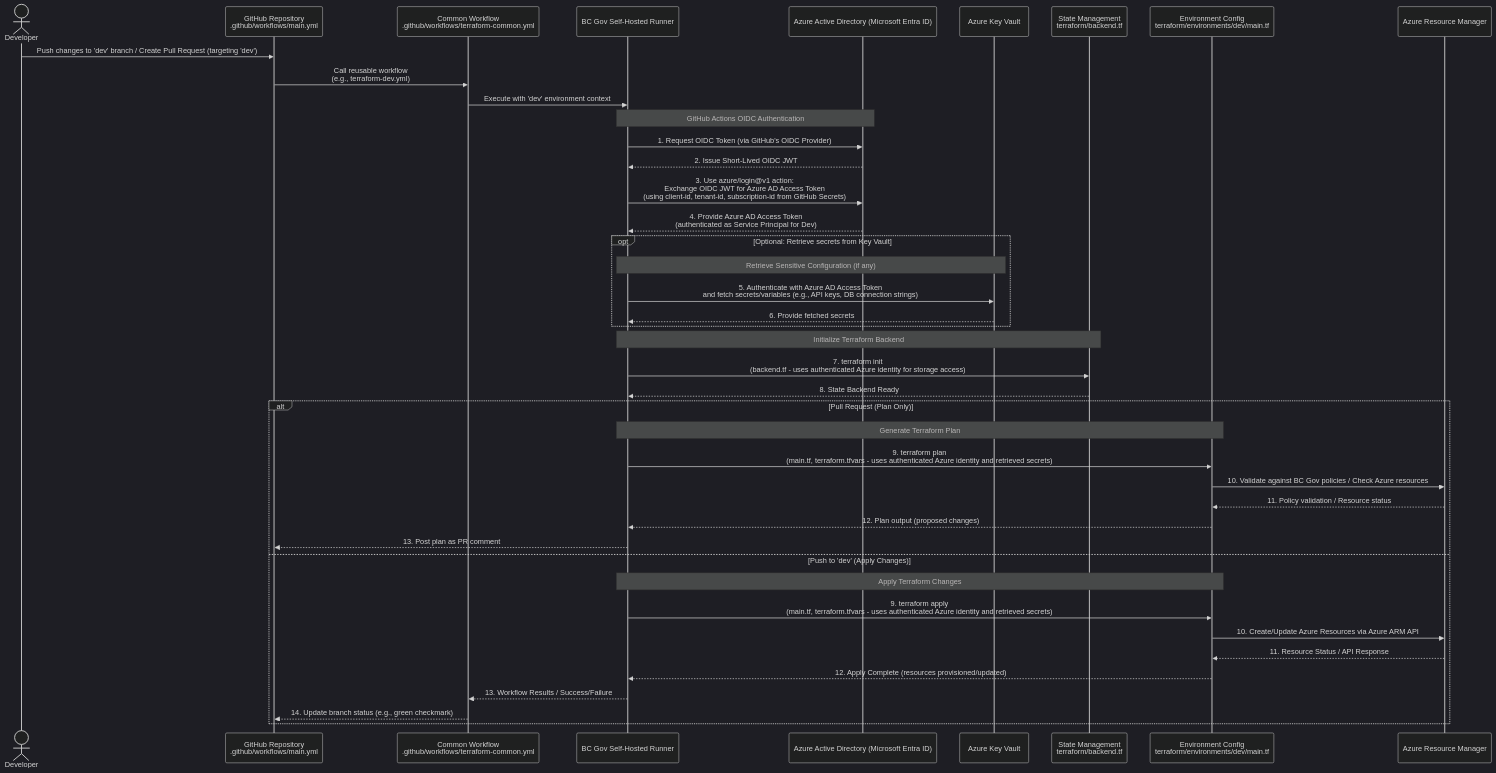
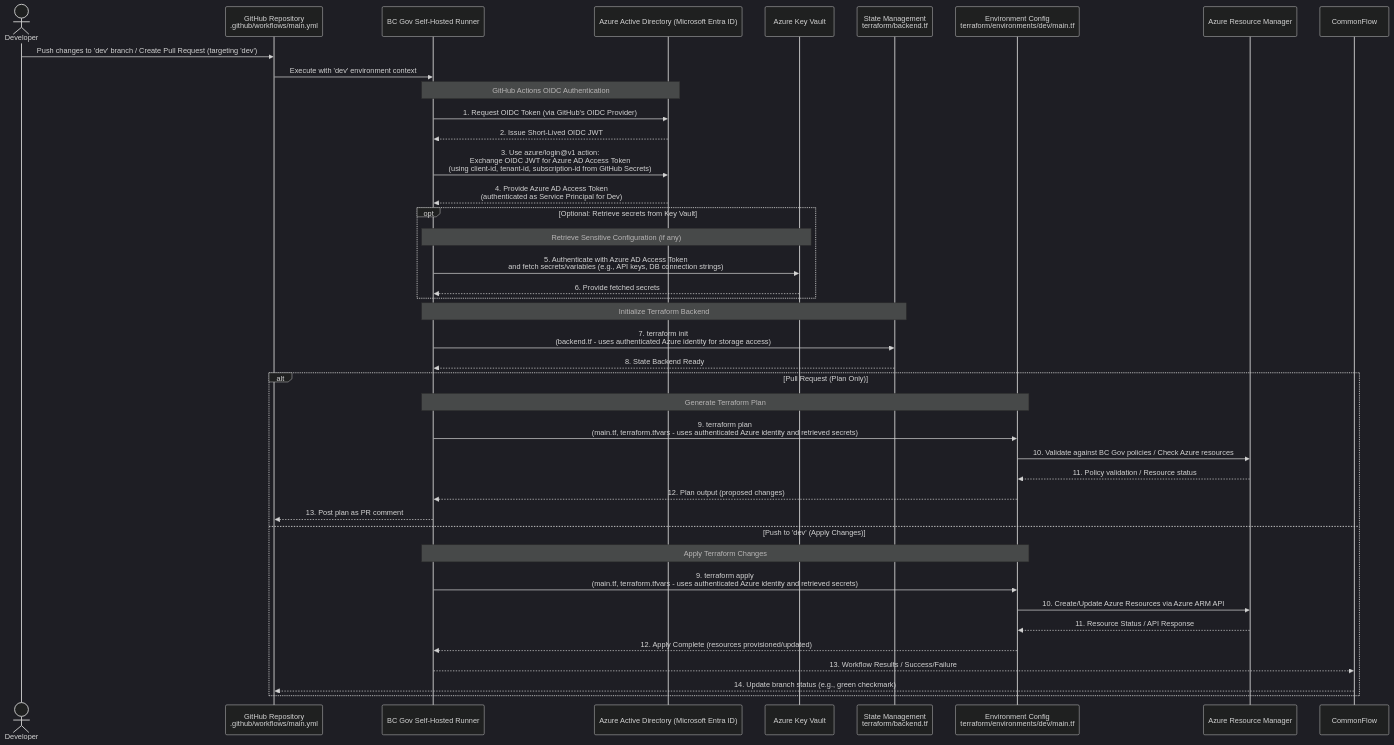
Before and after one commit to bcgov/AzureFilesPoC: the diagram in README.md, drawn with Mermaid (dark theme). The commit also changed other lines of this file and 7 other files, not shown here.

`````diff
--- a/README.md
+++ b/README.md
@@ -153,50 +152,48 @@
 ```mermaid
 sequenceDiagram
     actor Dev as Developer
     participant Git as GitHub Repository<br/>.github/workflows/main.yml
-    participant CommonFlow as Common Workflow<br/>.github/workflows/terraform-common.yml
     participant Runner as BC Gov Self-Hosted Runner
     participant AzureAD as Azure Active Directory (Microsoft Entra ID)
     participant KeyVault as Azure Key Vault
     participant TFState as State Management<br/>terraform/backend.tf
     participant TFConfig as Environment Config<br/>terraform/environments/dev/main.tf
     participant Azure as Azure Resource Manager
 
     Dev->>Git: Push changes to 'dev' branch / Create Pull Request (targeting 'dev')
 
-    Git->>CommonFlow: Call reusable workflow<br/>(e.g., terraform-dev.yml)
-    CommonFlow->>Runner: Execute with 'dev' environment context
+    Git->>Runner: Execute with 'dev' environment context
 
     Note over Runner,AzureAD: GitHub Actions OIDC Authentication
     Runner->>AzureAD: 1. Request OIDC Token (via GitHub's OIDC Provider)
     AzureAD-->>Runner: 2. Issue Short-Lived OIDC JWT
     Runner->>AzureAD: 3. Use azure/login@v1 action:<br/>Exchange OIDC JWT for Azure AD Access Token<br/>(using client-id, tenant-id, subscription-id from GitHub Secrets)
     AzureAD-->>Runner: 4. Provide Azure AD Access Token<br/>(authenticated as Service Principal for Dev)
 
     opt Optional: Retrieve secrets from Key Vault
         Note over Runner,KeyVault: Retrieve Sensitive Configuration (if any)
         Runner->>KeyVault: 5. Authenticate with Azure AD Access Token<br/>and fetch secrets/variables (e.g., API keys, DB connection strings)
         KeyVault-->>Runner: 6. Provide fetched secrets
     end
 
     Note over Runner,TFState: Initialize Terraform Backend
     Runner->>TFState: 7. terraform init<br/>(backend.tf - uses authenticated Azure identity for storage access)
     TFState-->>Runner: 8. State Backend Ready
 
     alt Pull Request (Plan Only)
         Note over Runner,TFConfig: Generate Terraform Plan
         Runner->>TFConfig: 9. terraform plan<br/>(main.tf, terraform.tfvars - uses authenticated Azure identity and retrieved secrets)
         TFConfig->>Azure: 10. Validate against BC Gov policies / Check Azure resources
         Azure-->>TFConfig: 11. Policy validation / Resource status
         TFConfig-->>Runner: 12. Plan output (proposed changes)
         Runner-->>Git: 13. Post plan as PR comment
     else Push to 'dev' (Apply Changes)
         Note over Runner,TFConfig: Apply Terraform Changes
         Runner->>TFConfig: 9. terraform apply<br/>(main.tf, terraform.tfvars - uses authenticated Azure identity and retrieved secrets)
         TFConfig->>Azure: 10. Create/Update Azure Resources via Azure ARM API
         Azure-->>TFConfig: 11. Resource Status / API Response
         TFConfig-->>Runner: 12. Apply Complete (resources provisioned/updated)
         Runner-->>CommonFlow: 13. Workflow Results / Success/Failure
         CommonFlow-->>Git: 14. Update branch status (e.g., green checkmark)
     end
 ````
`````
